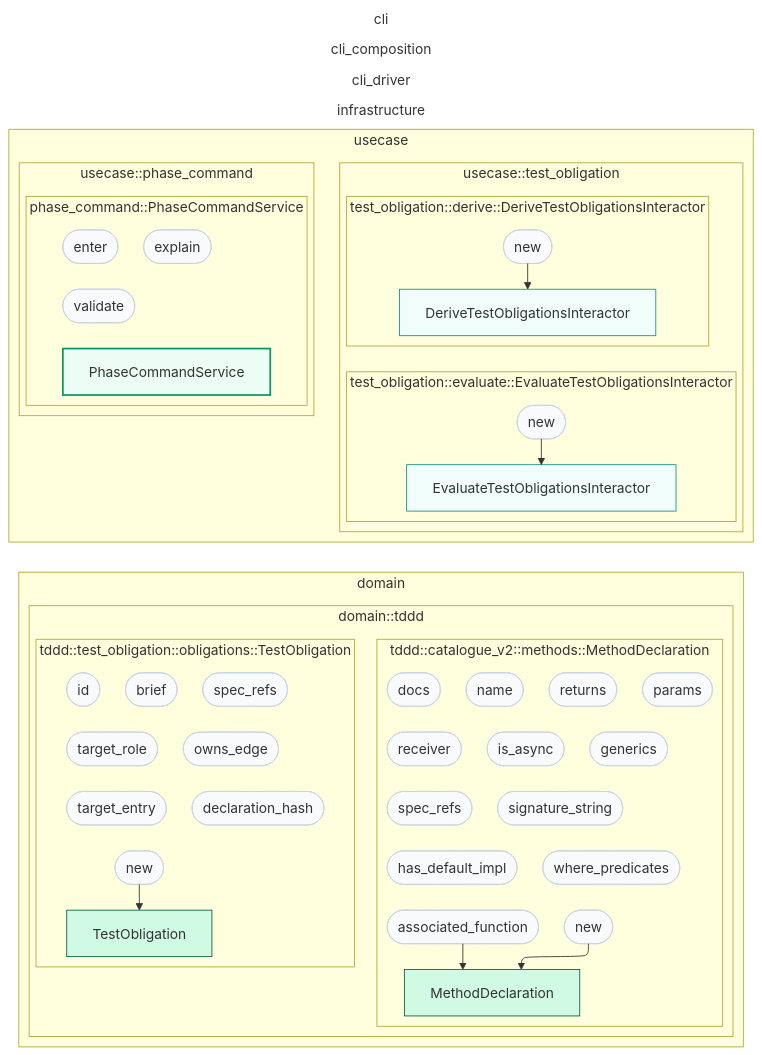
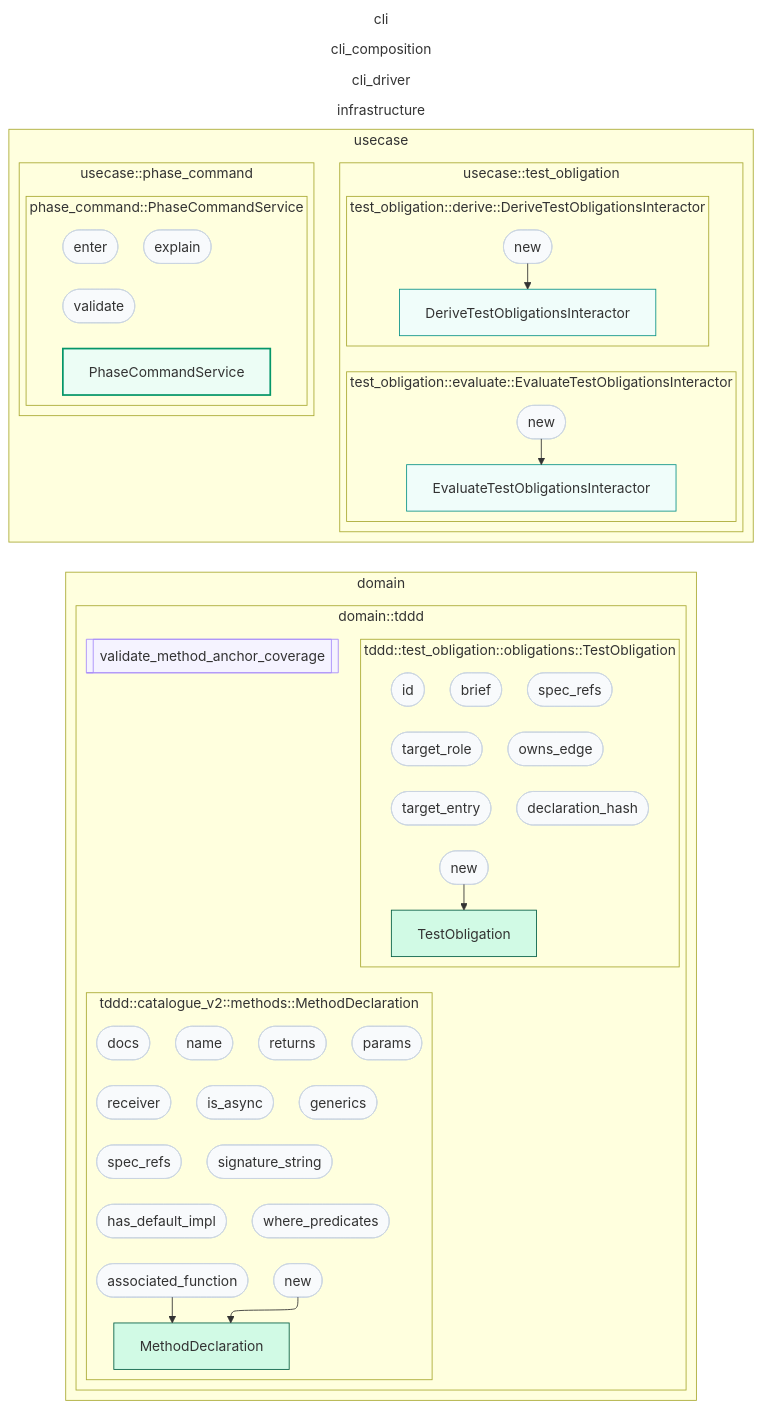
The diagram in track/items/2026-08-13-test-obligation-method-anchor-ownership/contract-map.md (Flip451/SoTOHE-core), drawn with Mermaid before and after one commit. The commit also changed 25 other files, not shown here.

First line of the commit message:
feat(batch-b03): derive trait_method obligations from method-owned anchors (T4)

```diff
--- a/track/items/2026-08-13-test-obligation-method-anchor-ownership/contract-map.md
+++ b/track/items/2026-08-13-test-obligation-method-anchor-ownership/contract-map.md
@@ -65,6 +65,7 @@
     T28_domain_domain_TestObligation_spec_refs([spec_refs])
     T28_domain_domain_TestObligation_owns_edge([owns_edge])
   end
+  F89_domain_domain_domain__tddd__test_obligation__obligations__validate_method_anchor_coverage[[validate_method_anchor_coverage]]
   end
 end
 subgraph usecase["usecase"]
@@ -133,6 +134,8 @@
 class T28_domain_domain_TestObligation_spec_refs method_node
 class T28_domain_domain_TestObligation_owns_edge method_node
 class T28_domain_domain_TestObligation__self value_object
+class F89_domain_domain_domain__tddd__test_obligation__obligations__validate_method_anchor_coverage free_function
+class F89_domain_domain_domain__tddd__test_obligation__obligations__validate_method_anchor_coverage function_node
 class R35_usecase_usecase_PhaseCommandService_validate method_node
 class R35_usecase_usecase_PhaseCommandService_explain method_node
 class R35_usecase_usecase_PhaseCommandService_enter method_node
```
